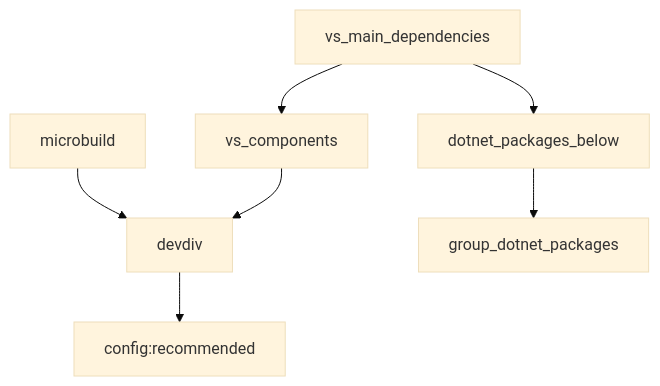
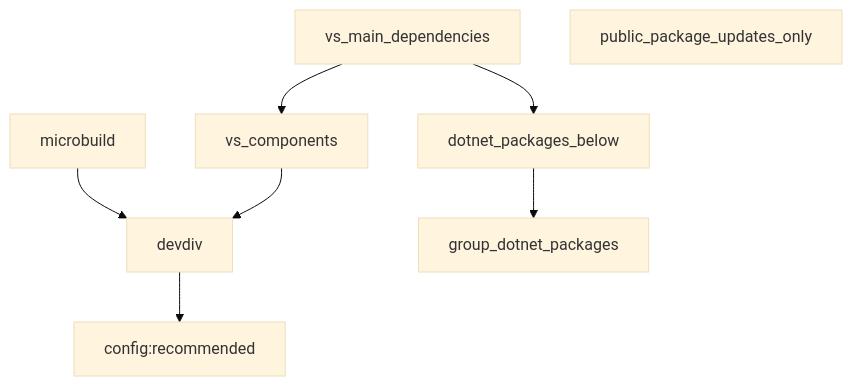
The diagram in README.md (microsoft/vs-renovate-presets), drawn with Mermaid (base theme) before and after one commit. The commit also changed 2 other files, not shown here.

Commit message:
Add preset for updating only to publicly available packages

````diff
--- a/README.md
+++ b/README.md
@@ -10,9 +10,10 @@
 ```mermaid
 flowchart TD
     devdiv --> configRecommended["config:recommended"]
     dotnet_packages_below --> group_dotnet_packages
     microbuild --> devdiv
     vs_components --> devdiv
     vs_main_dependencies --> vs_components
     vs_main_dependencies --> dotnet_packages_below
+    public_package_updates_only
 ```
````
